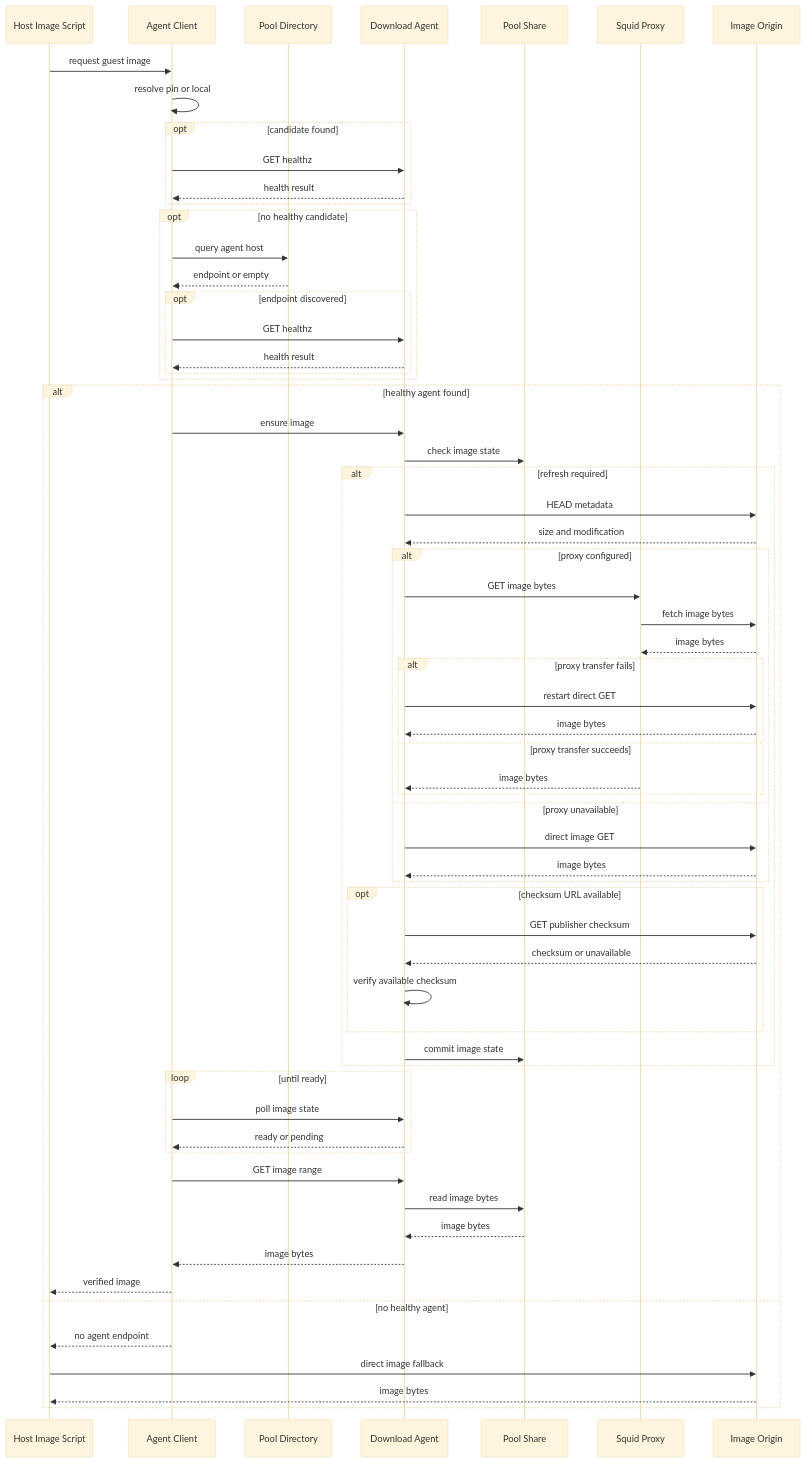
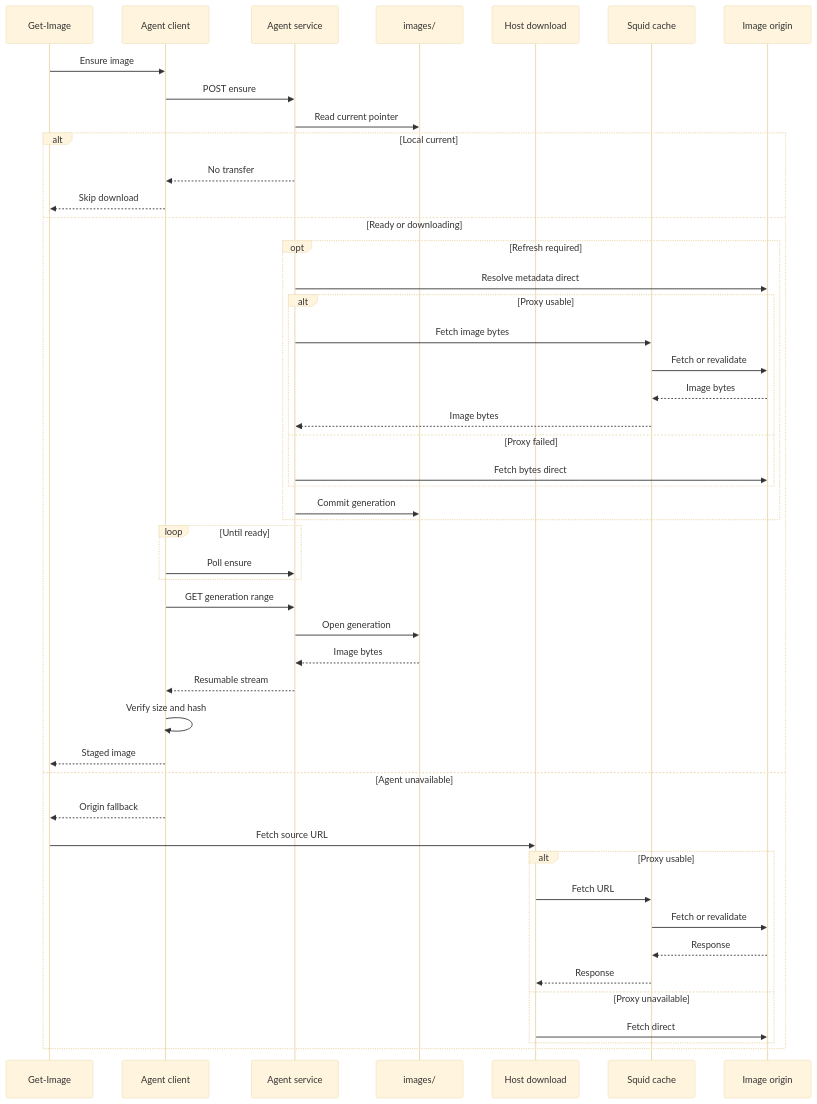
Before and after one commit to alissonsol/yuruna: the third of 5 diagrams in docs/design/03-data-flows.md, drawn with Mermaid (base theme). The commit also changed other lines of this file and 901 other files, not shown here.

````diff
--- a/docs/design/03-data-flows.md
+++ b/docs/design/03-data-flows.md
@@ -212,68 +118,50 @@
 ```mermaid
 sequenceDiagram
-  participant host-image-script as Host Image Script
-  participant agent-client as Agent Client
-  participant pool-directory as Pool Directory
-  participant download-agent as Download Agent
-  participant pool-share as Pool Share
-  participant squid-proxy as Squid Proxy
-  participant image-origin as Image Origin
-
-  host-image-script->>agent-client: request guest image
-  agent-client->>agent-client: resolve pin or local
-  opt candidate found
-    agent-client->>download-agent: GET healthz
-    download-agent-->>agent-client: health result
-  end
-  opt no healthy candidate
-    agent-client->>pool-directory: query agent host
-    pool-directory-->>agent-client: endpoint or empty
-    opt endpoint discovered
-      agent-client->>download-agent: GET healthz
-      download-agent-->>agent-client: health result
+    participant get-image as Get-Image
+    participant agent-client as Agent client
+    participant agent-service as Agent service
+    participant pool-images as images/
+    participant host-download as Host download
+    participant squid-cache as Squid cache
+    participant origin as Image origin
+    get-image->>agent-client: Ensure image
+    agent-client->>agent-service: POST ensure
+    agent-service->>pool-images: Read current pointer
+    alt Local current
+        agent-service-->>agent-client: No transfer
+        agent-client-->>get-image: Skip download
+    else Ready or downloading
+        opt Refresh required
+            agent-service->>origin: Resolve metadata direct
+            alt Proxy usable
+                agent-service->>squid-cache: Fetch image bytes
+                squid-cache->>origin: Fetch or revalidate
+                origin-->>squid-cache: Image bytes
+                squid-cache-->>agent-service: Image bytes
+            else Proxy failed
+                agent-service->>origin: Fetch bytes direct
+            end
+            agent-service->>pool-images: Commit generation
+        end
+        loop Until ready
+            agent-client->>agent-service: Poll ensure
+        end
+        agent-client->>agent-service: GET generation range
+        agent-service->>pool-images: Open generation
+        pool-images-->>agent-service: Image bytes
+        agent-service-->>agent-client: Resumable stream
+        agent-client->>agent-client: Verify size and hash
+        agent-client-->>get-image: Staged image
+    else Agent unavailable
+        agent-client-->>get-image: Origin fallback
+        get-image->>host-download: Fetch source URL
+        alt Proxy usable
+            host-download->>squid-cache: Fetch URL
+            squid-cache->>origin: Fetch or revalidate
+            origin-->>squid-cache: Response
+            squid-cache-->>host-download: Response
+        else Proxy unavailable
+            host-download->>origin: Fetch direct
+        end
     end
-  end
-  alt healthy agent found
-    agent-client->>download-agent: ensure image
-    download-agent->>pool-share: check image state
-    alt refresh required
-      download-agent->>image-origin: HEAD metadata
-      image-origin-->>download-agent: size and modification
-      %% optional -- image bytes use the configured proxy first
-      alt proxy configured
-        download-agent->>squid-proxy: GET image bytes
-        squid-proxy->>image-origin: fetch image bytes
-        image-origin-->>squid-proxy: image bytes
-        alt proxy transfer fails
-          download-agent->>image-origin: restart direct GET
-          image-origin-->>download-agent: image bytes
-        else proxy transfer succeeds
-          squid-proxy-->>download-agent: image bytes
-        end
-      else proxy unavailable
-        download-agent->>image-origin: direct image GET
-        image-origin-->>download-agent: image bytes
-      end
-      %% optional -- publisher checksum is verified when available
-      opt checksum URL available
-        download-agent->>image-origin: GET publisher checksum
-        image-origin-->>download-agent: checksum or unavailable
-        download-agent->>download-agent: verify available checksum
-      end
-      download-agent->>pool-share: commit image state
-    end
-    loop until ready
-      agent-client->>download-agent: poll image state
-      download-agent-->>agent-client: ready or pending
-    end
-    agent-client->>download-agent: GET image range
-    download-agent->>pool-share: read image bytes
-    pool-share-->>download-agent: image bytes
-    download-agent-->>agent-client: image bytes
-    agent-client-->>host-image-script: verified image
-  else no healthy agent
-    agent-client-->>host-image-script: no agent endpoint
-    host-image-script->>image-origin: direct image fallback
-    image-origin-->>host-image-script: image bytes
-  end
 ```
````
